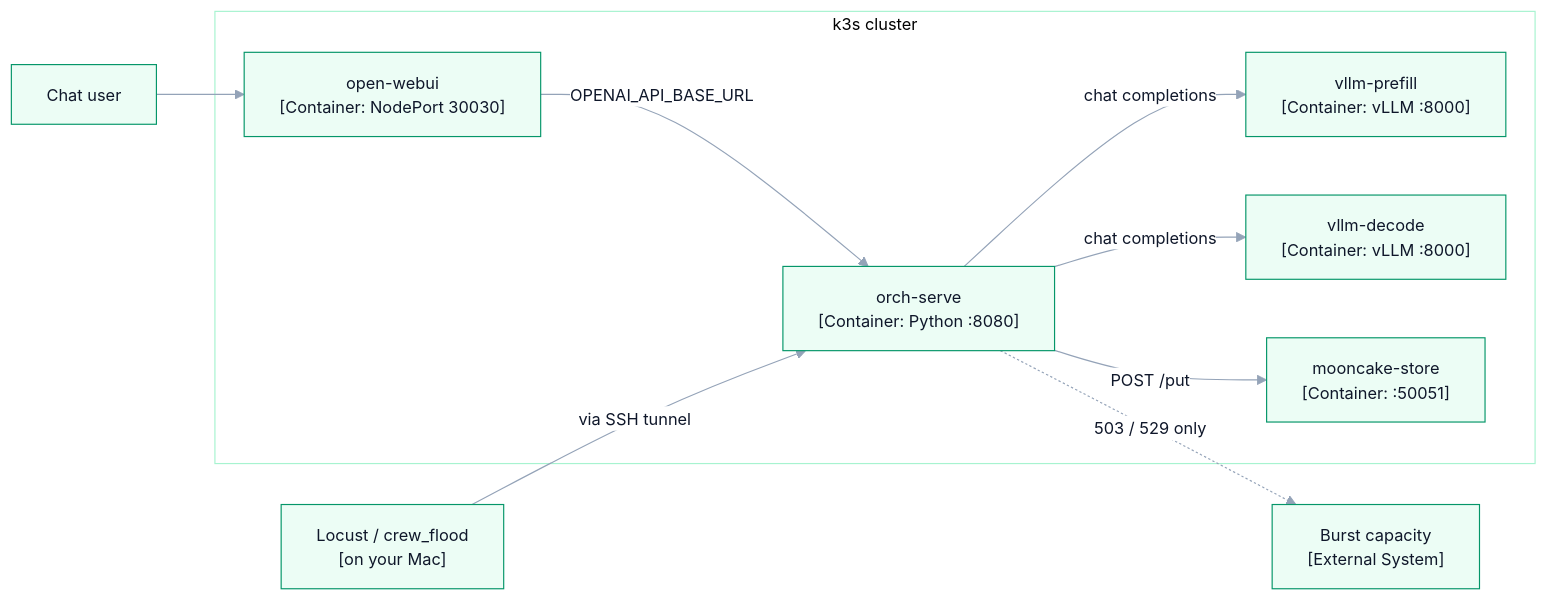
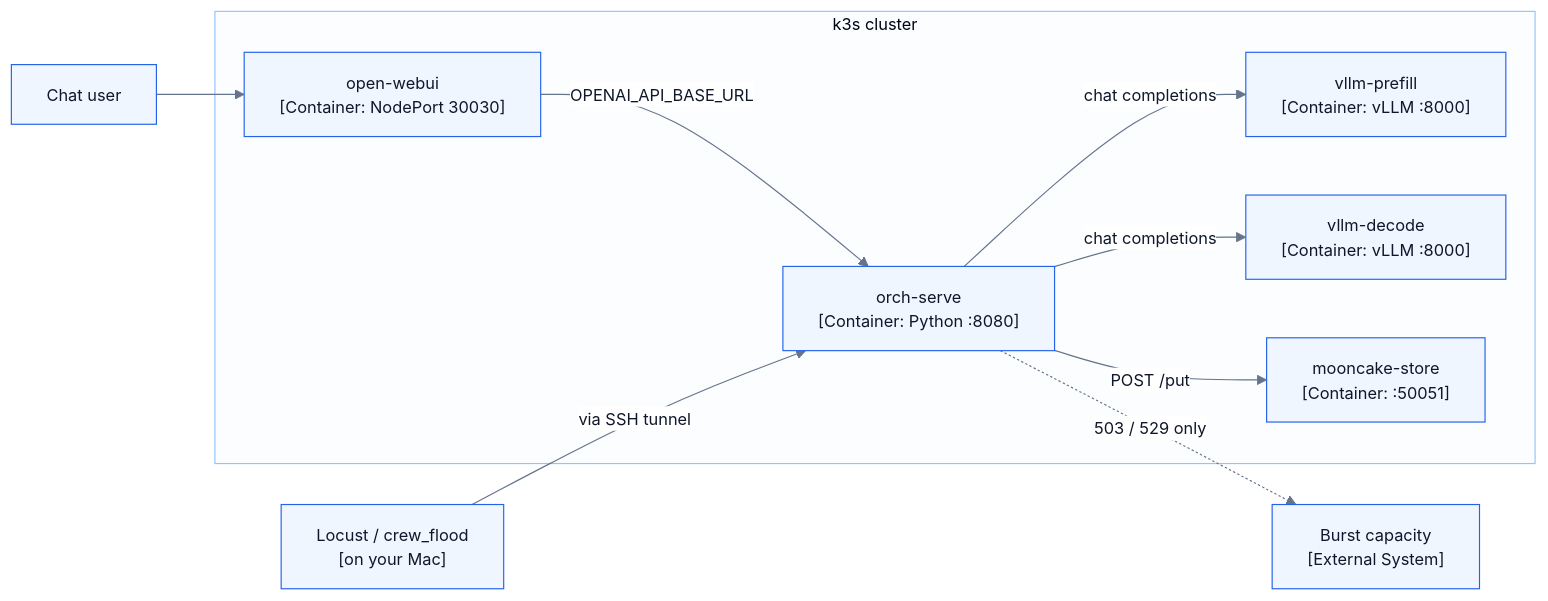
The second of 5 diagrams in docs/cluster/ARCHITECTURE.md (harshuljain13/Dodona), drawn with Mermaid before and after one commit. The commit also changed other lines of this file and 13 other files, not shown here.

First line of the commit message:
docs: make the hero diagram teach something, restore colour

````diff
--- a/docs/cluster/ARCHITECTURE.md
+++ b/docs/cluster/ARCHITECTURE.md
@@ -72,31 +72,31 @@
 ```mermaid
 %%{init: {'theme':'base','themeVariables':{
   'fontFamily':'ui-sans-serif, -apple-system, Segoe UI, Inter, Helvetica, Arial, sans-serif','fontSize':'14px',
-  'primaryColor':'#ecfdf5','primaryTextColor':'#0f172a','primaryBorderColor':'#059669',
-  'secondaryColor':'#f8fafc','tertiaryColor':'#ffffff',
-  'lineColor':'#94a3b8','textColor':'#1e293b',
-  'clusterBkg':'#ffffff','clusterBorder':'#a7f3d0',
-  'edgeLabelBackground':'#ffffff','nodeBorder':'#059669'
+  'primaryColor':'#eff6ff','primaryTextColor':'#0f172a','primaryBorderColor':'#2563eb',
+  'secondaryColor':'#f0fdf4','tertiaryColor':'#fffbeb',
+  'lineColor':'#64748b','textColor':'#1e293b',
+  'clusterBkg':'#fbfdff','clusterBorder':'#93c5fd',
+  'edgeLabelBackground':'#ffffff','nodeBorder':'#2563eb'
 }}}%%
 flowchart LR
     CHATTER["Chat user"]
     LOAD["Locust / crew_flood<br/>[on your Mac]"]
 
     subgraph CLUSTER["k3s cluster"]
         WEBUI["open-webui<br/>[Container: NodePort 30030]"]
         ORCH["orch-serve<br/>[Container: Python :8080]"]
         PRE["vllm-prefill<br/>[Container: vLLM :8000]"]
         DEC["vllm-decode<br/>[Container: vLLM :8000]"]
         MOON["mooncake-store<br/>[Container: :50051]"]
     end
 
     BURST["Burst capacity<br/>[External System]"]
 
     CHATTER --> WEBUI
     WEBUI -->|"OPENAI_API_BASE_URL"| ORCH
     LOAD -->|"via SSH tunnel"| ORCH
     ORCH -->|"chat completions"| PRE
     ORCH -->|"chat completions"| DEC
     ORCH -->|"POST /put"| MOON
     ORCH -.->|"503 / 529 only"| BURST
 ```
````
